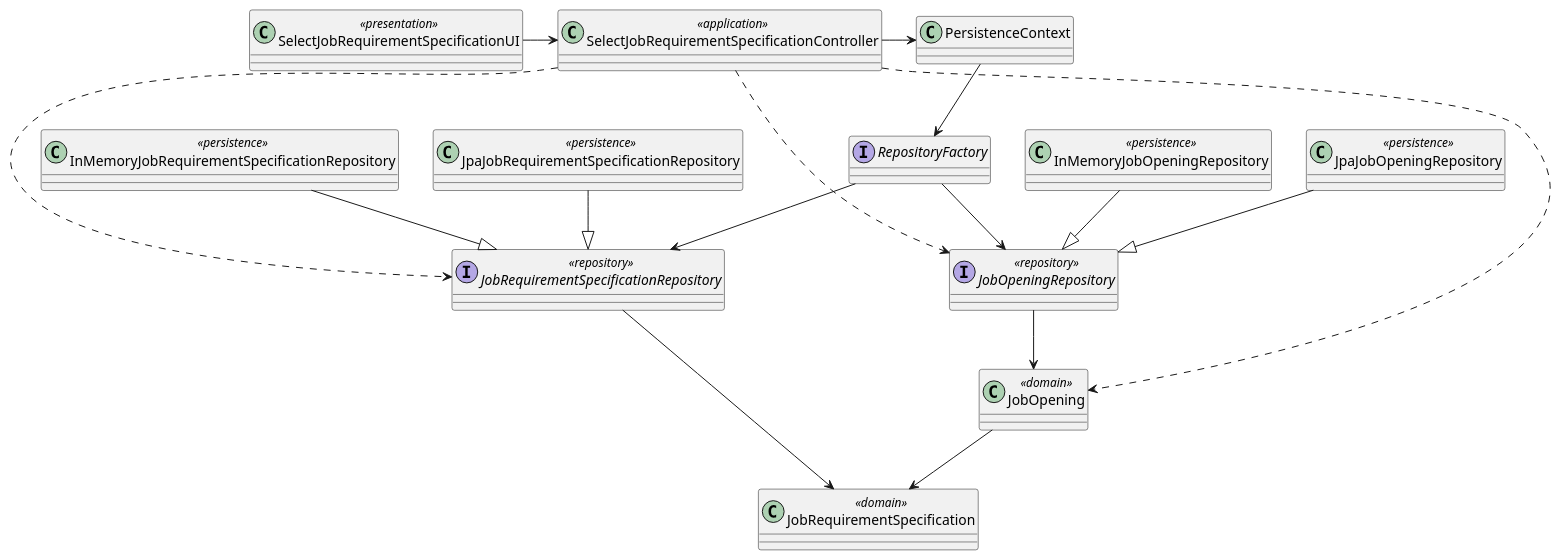
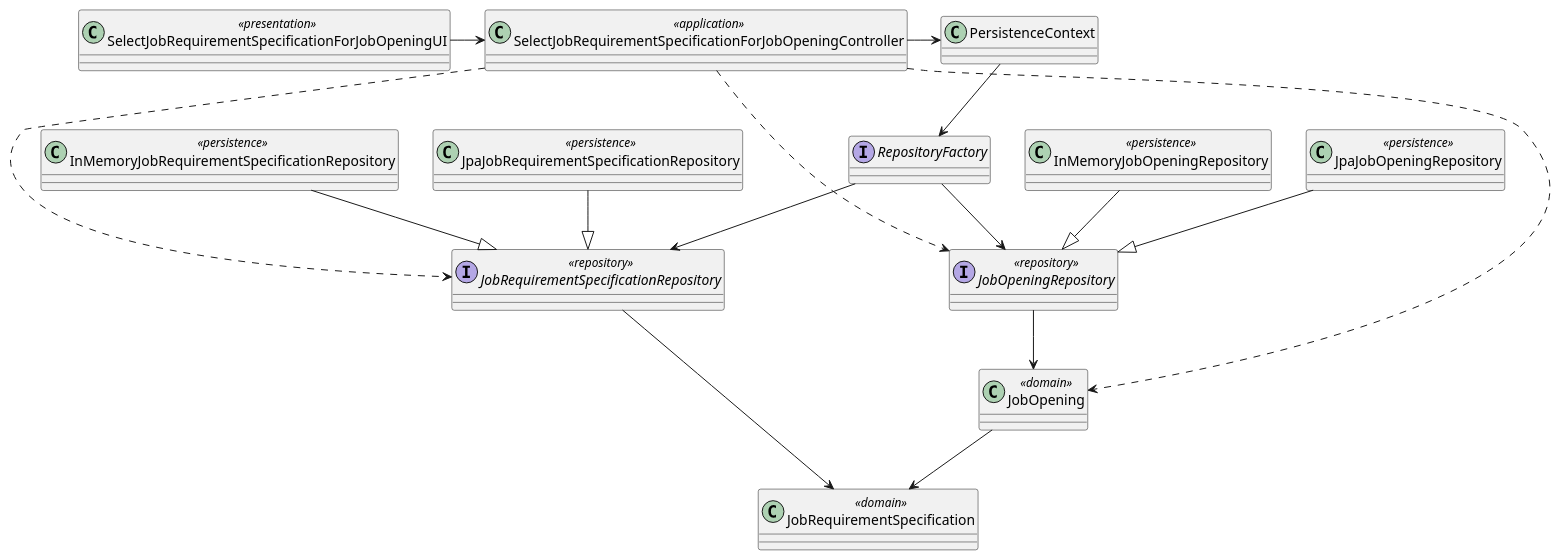
One commit to Rodrick0209/ISEP-SEM4PI-23-24 changed the diagram in docs/SprintB/us1009/CD/CD.puml. Above: the diagram before and after it, drawn with PlantUML. The commit also changed 4 other files, not shown here.

```diff
--- a/docs/SprintB/us1009/CD/CD.puml
+++ b/docs/SprintB/us1009/CD/CD.puml
@@ -1,33 +1,33 @@
 @startuml
 'https://plantuml.com/class-diagram
 
-class SelectJobRequirementSpecificationUI <<presentation>>
-class SelectJobRequirementSpecificationController <<application>>
+class SelectJobRequirementSpecificationForJobOpeningUI <<presentation>>
+class SelectJobRequirementSpecificationForJobOpeningController <<application>>
 class PersistenceContext
 interface RepositoryFactory
 interface JobOpeningRepository <<repository>>
 interface JobRequirementSpecificationRepository <<repository>>
 class InMemoryJobOpeningRepository <<persistence>>
 class JpaJobOpeningRepository <<persistence>>
 class InMemoryJobRequirementSpecificationRepository <<persistence>>
 class JpaJobRequirementSpecificationRepository <<persistence>>
 class JobOpening <<domain>>
 class JobRequirementSpecification <<domain>>
 
-SelectJobRequirementSpecificationUI -> SelectJobRequirementSpecificationController
-SelectJobRequirementSpecificationController -> PersistenceContext
+SelectJobRequirementSpecificationForJobOpeningUI -> SelectJobRequirementSpecificationForJobOpeningController
+SelectJobRequirementSpecificationForJobOpeningController -> PersistenceContext
 PersistenceContext --> RepositoryFactory
-SelectJobRequirementSpecificationController ..> JobOpeningRepository
-SelectJobRequirementSpecificationController ..> JobRequirementSpecificationRepository
+SelectJobRequirementSpecificationForJobOpeningController ..> JobOpeningRepository
+SelectJobRequirementSpecificationForJobOpeningController ..> JobRequirementSpecificationRepository
 RepositoryFactory --> JobOpeningRepository
 RepositoryFactory --> JobRequirementSpecificationRepository
-SelectJobRequirementSpecificationController ..> JobOpening
+SelectJobRequirementSpecificationForJobOpeningController ..> JobOpening
 JobOpeningRepository --> JobOpening
 JobRequirementSpecificationRepository --> JobRequirementSpecification
 JpaJobOpeningRepository --|> JobOpeningRepository
 InMemoryJobOpeningRepository --|> JobOpeningRepository
 InMemoryJobRequirementSpecificationRepository --|> JobRequirementSpecificationRepository
 JpaJobRequirementSpecificationRepository --|> JobRequirementSpecificationRepository
 JobOpening --> JobRequirementSpecification
 
 @enduml
```
